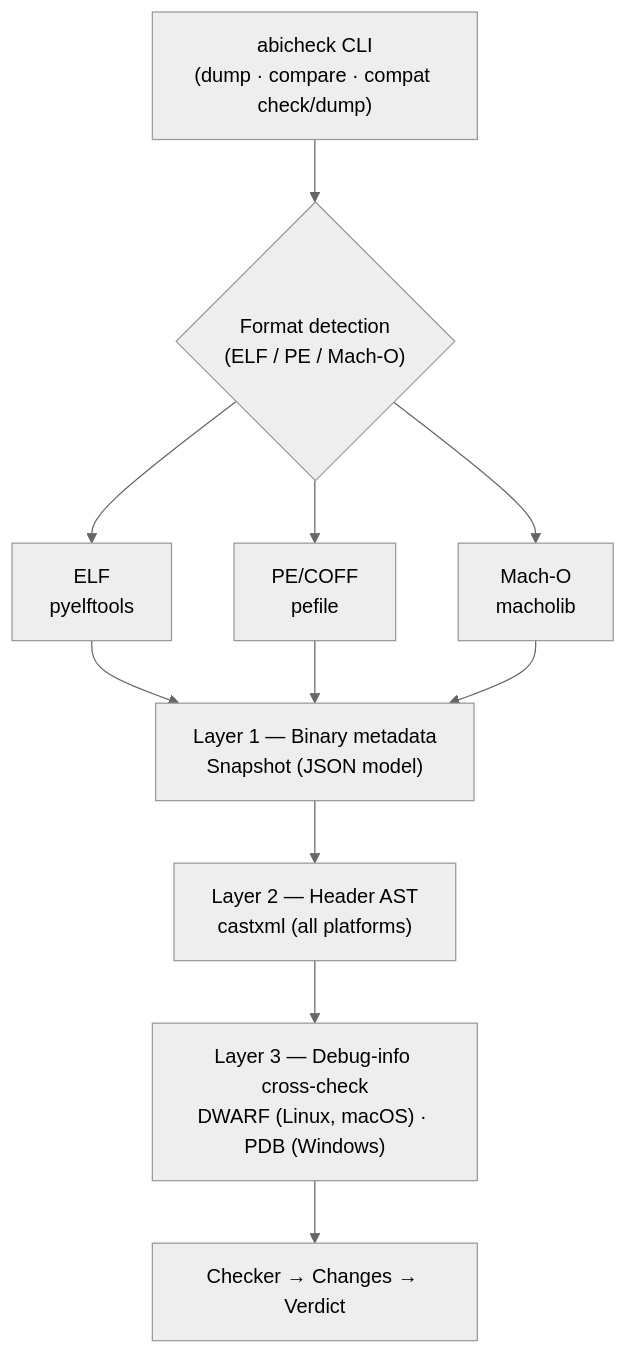
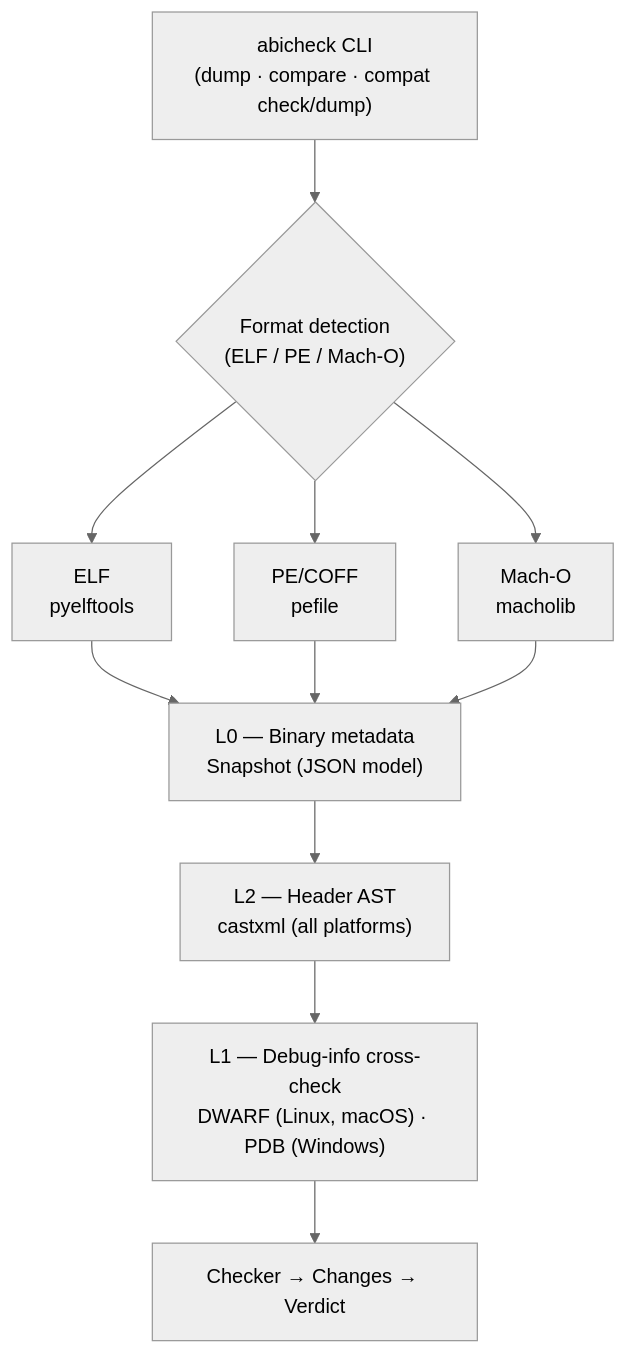
One commit to napetrov/abicheck changed the first of 2 diagrams in docs/concepts/architecture.md. Above: the diagram before and after it, drawn with Mermaid (neutral theme). The commit also changed other lines of this file and 7 other files, not shown here.

````diff
--- a/docs/concepts/architecture.md
+++ b/docs/concepts/architecture.md
@@ -24,23 +31,23 @@
 ```mermaid
 flowchart TD
     CLI["abicheck CLI<br/>(dump · compare · compat check/dump)"]
     FMT{"Format detection<br/>(ELF / PE / Mach-O)"}
     ELF["ELF<br/>pyelftools"]
     PE["PE/COFF<br/>pefile"]
     MACHO["Mach-O<br/>macholib"]
-    SNAP["Layer 1 — Binary metadata<br/>Snapshot (JSON model)"]
-    AST["Layer 2 — Header AST<br/>castxml (all platforms)"]
-    DBG["Layer 3 — Debug-info cross-check<br/>DWARF (Linux, macOS) · PDB (Windows)"]
+    SNAP["L0 — Binary metadata<br/>Snapshot (JSON model)"]
+    AST["L2 — Header AST<br/>castxml (all platforms)"]
+    DBG["L1 — Debug-info cross-check<br/>DWARF (Linux, macOS) · PDB (Windows)"]
     CHK["Checker → Changes → Verdict"]
 
     CLI --> FMT
     FMT --> ELF
     FMT --> PE
     FMT --> MACHO
     ELF --> SNAP
     PE --> SNAP
     MACHO --> SNAP
     SNAP --> AST
     AST --> DBG
     DBG --> CHK
 ```
````
